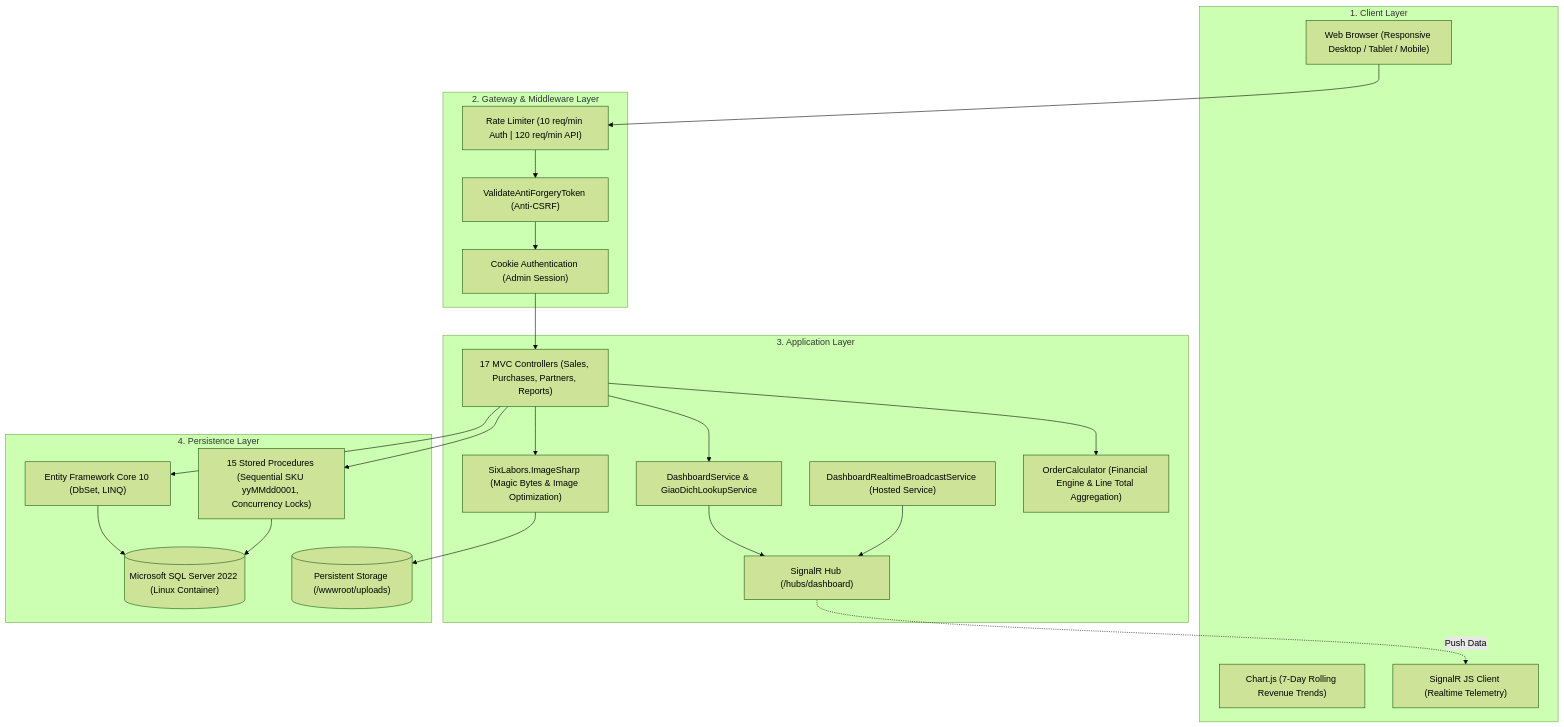
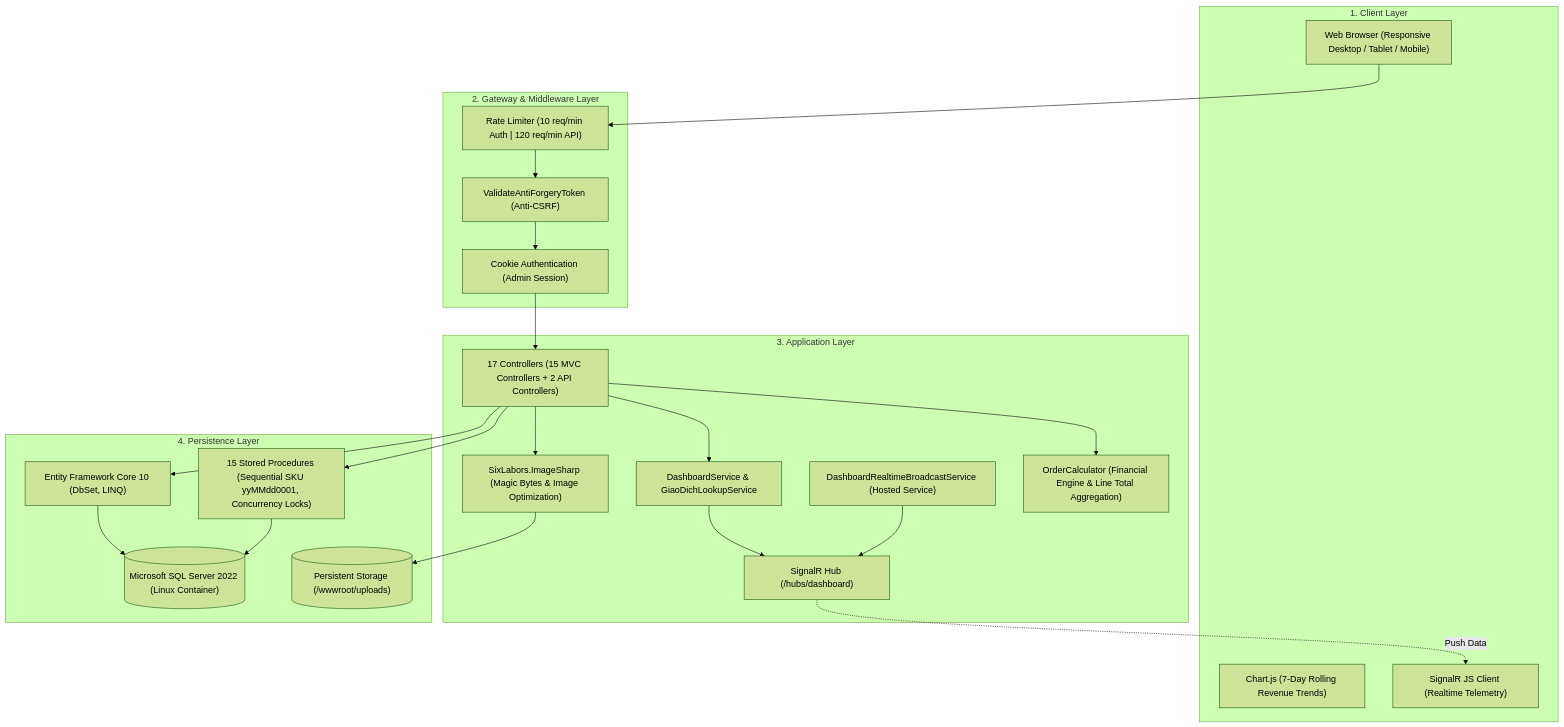
Before and after one commit to nguyenxp3n/WebQLBH: the first of 2 diagrams in README_en.md, drawn with Mermaid (forest theme). The commit also changed other lines of this file and 5 other files, not shown here.

Commit message:
docs: improve Windows setup commands, complete 12-table ERD, audit technical metrics, and refine OrderCalculator integration

````diff
--- a/README_en.md
+++ b/README_en.md
@@ -46,48 +52,48 @@
 ```mermaid
 flowchart TD
     subgraph ClientLayer ["1. Client Layer"]
         Browser["Web Browser (Responsive Desktop / Tablet / Mobile)"]
         ChartJS["Chart.js (7-Day Rolling Revenue Trends)"]
         SignalRClient["SignalR JS Client (Realtime Telemetry)"]
     end
 
     subgraph GatewayMiddleware ["2. Gateway & Middleware Layer"]
         RateLimiter["Rate Limiter (10 req/min Auth | 120 req/min API)"]
         Antiforgery["ValidateAntiForgeryToken (Anti-CSRF)"]
         CookieAuth["Cookie Authentication (Admin Session)"]
     end
 
     subgraph AppLayer ["3. Application Layer"]
-        Controllers["17 MVC Controllers (Sales, Purchases, Partners, Reports)"]
+        Controllers["17 Controllers (15 MVC Controllers + 2 API Controllers)"]
         DashboardService["DashboardService & GiaoDichLookupService"]
         RealtimeHub["SignalR Hub (/hubs/dashboard)"]
         BackgroundWorker["DashboardRealtimeBroadcastService (Hosted Service)"]
         ImageSecurity["SixLabors.ImageSharp (Magic Bytes & Image Optimization)"]
         OrderEngine["OrderCalculator (Financial Engine & Line Total Aggregation)"]
     end
 
     subgraph DataAccessLayer ["4. Persistence Layer"]
         EFCore["Entity Framework Core 10 (DbSet, LINQ)"]
         StoredProcedures["15 Stored Procedures (Sequential SKU yyMMdd0001, Concurrency Locks)"]
         SQLServer[("Microsoft SQL Server 2022 (Linux Container)")]
         UploadVolume[("Persistent Storage (/wwwroot/uploads)")]
     end
 
     Browser --> RateLimiter
     RateLimiter --> Antiforgery
     Antiforgery --> CookieAuth
     CookieAuth --> Controllers
 
     Controllers --> DashboardService
     Controllers --> ImageSecurity
     Controllers --> OrderEngine
     ImageSecurity --> UploadVolume
     DashboardService --> RealtimeHub
     BackgroundWorker --> RealtimeHub
     RealtimeHub -. Push Data .-> SignalRClient
 
     Controllers --> EFCore
     Controllers --> StoredProcedures
     EFCore --> SQLServer
     StoredProcedures --> SQLServer
 ```
````
